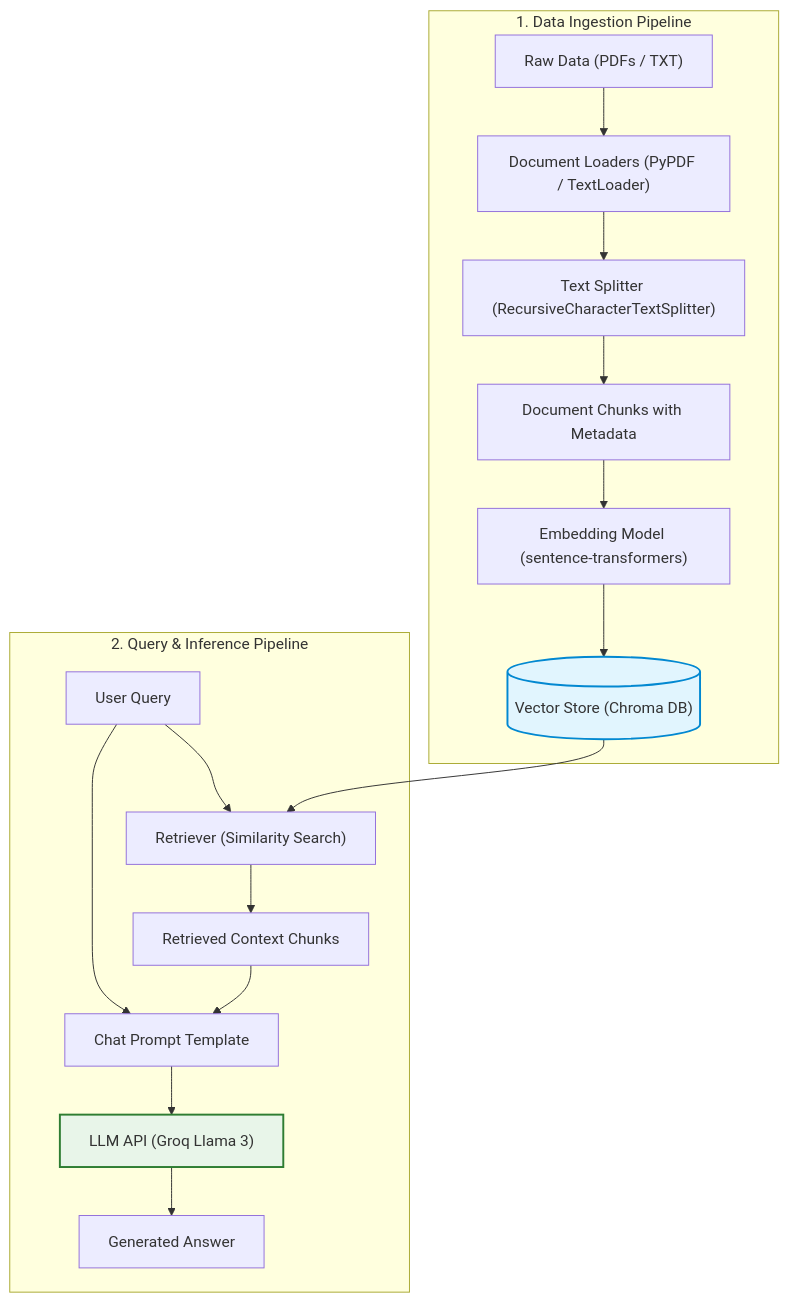
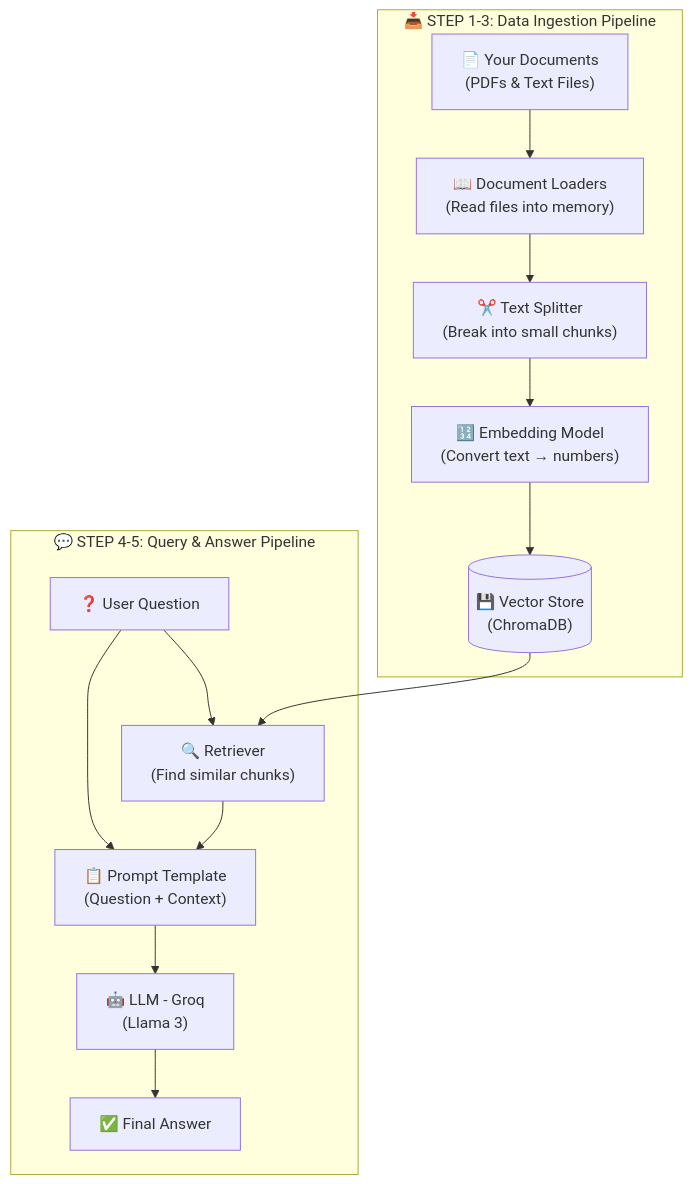
One commit to zees007/traditional-RAG-Crash-Course-for-beginner changed the diagram in README.md. Above: the diagram before and after it, drawn with Mermaid. The commit also changed other lines of this file, not shown here.

Commit message:
docs: refactor README to a beginner-friendly tutorial format with updated architecture diagrams and setup instructions

````diff
--- a/README.md
+++ b/README.md
@@ -9,25 +53,24 @@
 ```mermaid
 graph TD
-    %% Styling
-    classDef pipeline fill:#f9f9f9,stroke:#333,stroke-width:1px;
-    classDef database fill:#e1f5fe,stroke:#0288d1,stroke-width:2px;
-    classDef model fill:#e8f5e9,stroke:#2e7d32,stroke-width:2px;
-    
-    subgraph Ingestion["1. Data Ingestion Pipeline"]
-        A["Raw Data (PDFs / TXT)"] --> B["Document Loaders (PyPDF / TextLoader)"]
-        B --> C["Text Splitter (RecursiveCharacterTextSplitter)"]
-        C --> D["Document Chunks with Metadata"]
-        D --> E["Embedding Model (sentence-transformers)"]
-        E --> F[("Vector Store (Chroma DB)")]:::database
+    subgraph Ingestion["📥 STEP 1-3: Data Ingestion Pipeline"]
+        A["📄 Your Documents<br/>(PDFs & Text Files)"]
+        B["📖 Document Loaders<br/>(Read files into memory)"]
+        C["✂️ Text Splitter<br/>(Break into small chunks)"]
+        D["🔢 Embedding Model<br/>(Convert text → numbers)"]
+        E[("💾 Vector Store<br/>(ChromaDB)")]
+        A --> B --> C --> D --> E
     end
 
-    subgraph Retrieval["2. Query & Inference Pipeline"]
-        G["User Query"] --> H["Retriever (Similarity Search)"]
+    subgraph QA["💬 STEP 4-5: Query & Answer Pipeline"]
+        F["❓ User Question"]
+        G["🔍 Retriever<br/>(Find similar chunks)"]
+        H["📋 Prompt Template<br/>(Question + Context)"]
+        I["🤖 LLM - Groq<br/>(Llama 3)"]
+        J["✅ Final Answer"]
+        F --> G
+        E --> G
+        G --> H
         F --> H
-        H --> I["Retrieved Context Chunks"]
-        I --> J["Chat Prompt Template"]
-        G --> J
-        J --> K["LLM API (Groq Llama 3)"]:::model
-        K --> L["Generated Answer"]
+        H --> I --> J
     end
 ```
````
